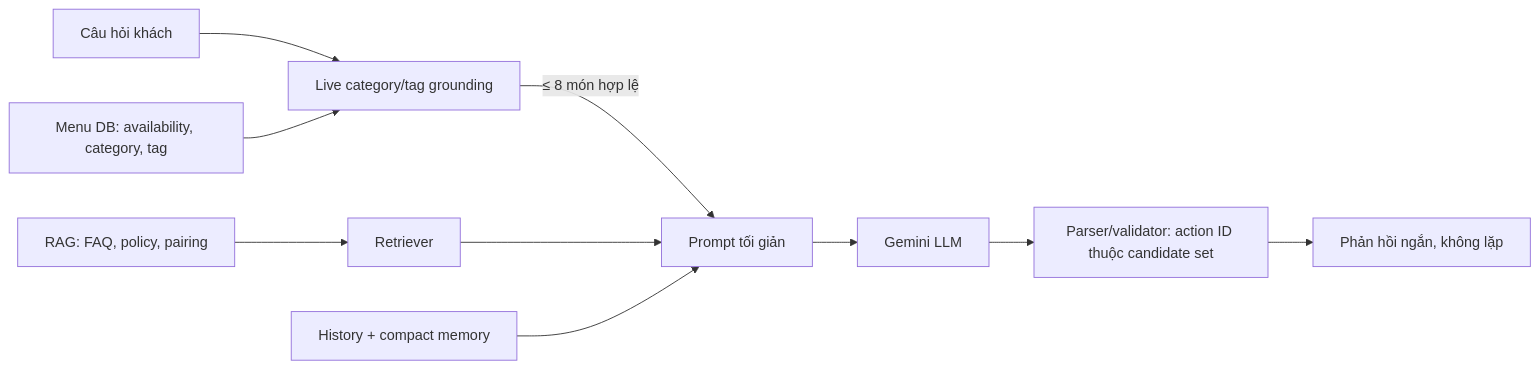
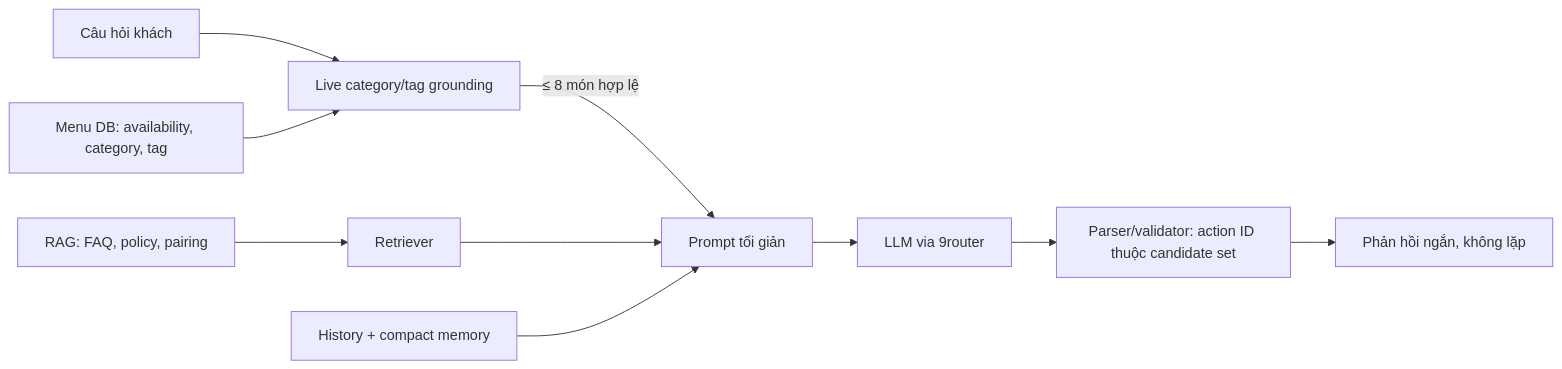
The diagram in docs/AI_RAG_QUALITY_PROTOCOL.md (Anpham120/restaurant-qr-ai-ordering), drawn with Mermaid before and after one commit. The commit also changed other lines of this file and 76 other files, not shown here.

````diff
--- a/docs/AI_RAG_QUALITY_PROTOCOL.md
+++ b/docs/AI_RAG_QUALITY_PROTOCOL.md
@@ -15,12 +15,12 @@
 ```mermaid
 flowchart LR
   Q["Câu hỏi khách"] --> C["Live category/tag grounding"]
   M["Menu DB: availability, category, tag"] --> C
   C -->|"≤ 8 món hợp lệ"| P["Prompt tối giản"]
   KB["RAG: FAQ, policy, pairing"] --> R["Retriever"]
   R --> P
   H["History + compact memory"] --> P
-  P --> L["Gemini LLM"]
+  P --> L["LLM via 9router"]
   L --> V["Parser/validator: action ID thuộc candidate set"]
   V --> A["Phản hồi ngắn, không lặp"]
 ```
````
